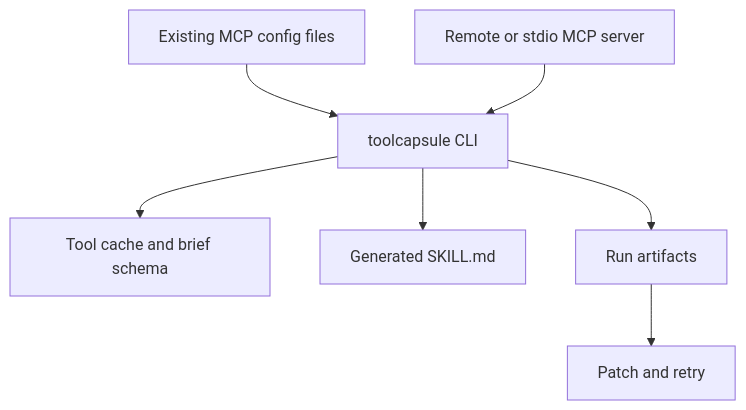
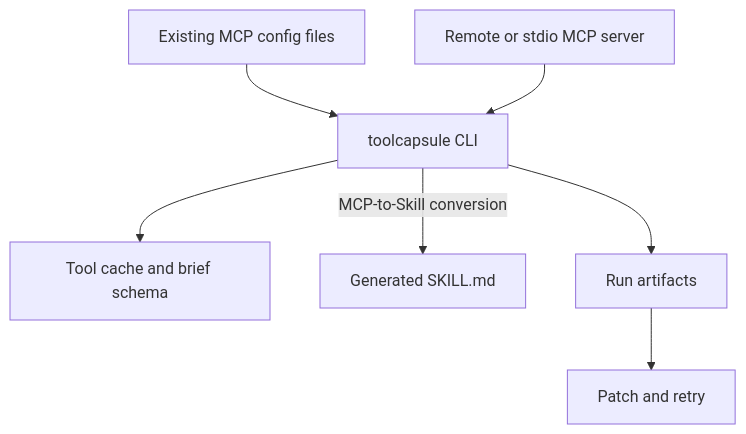
The diagram in docs/architecture.md (RainSunMe/toolcapsule), drawn with Mermaid before and after one commit. The commit also changed other lines of this file and 15 other files, not shown here.

Commit message:
Position ToolCapsule as MCP-to-Skill

````diff
--- a/docs/architecture.md
+++ b/docs/architecture.md
@@ -3,9 +3,9 @@
 ```mermaid
 flowchart TD
   Z[Existing MCP config files] --> B[toolcapsule CLI]
   A[Remote or stdio MCP server] --> B[toolcapsule CLI]
   B --> C[Tool cache and brief schema]
-  B --> D[Generated SKILL.md]
+  B -- MCP-to-Skill conversion --> D[Generated SKILL.md]
   B --> E[Run artifacts]
   E --> F[Patch and retry]
 ```
````
